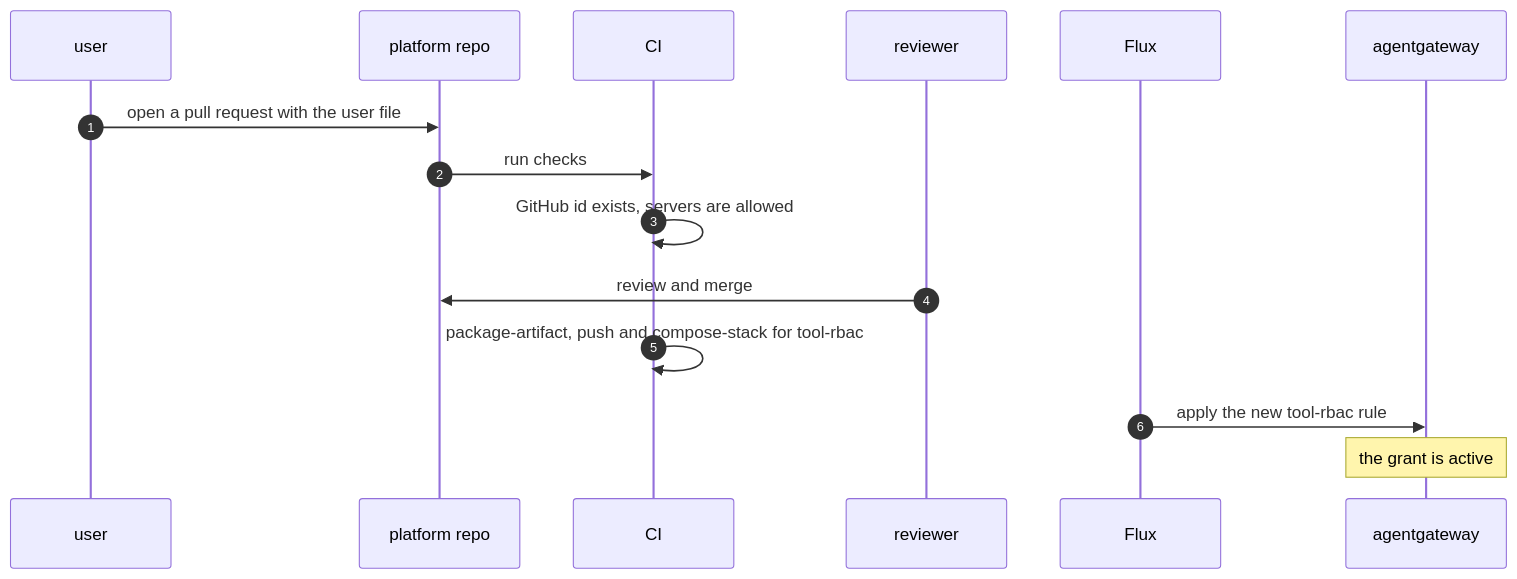
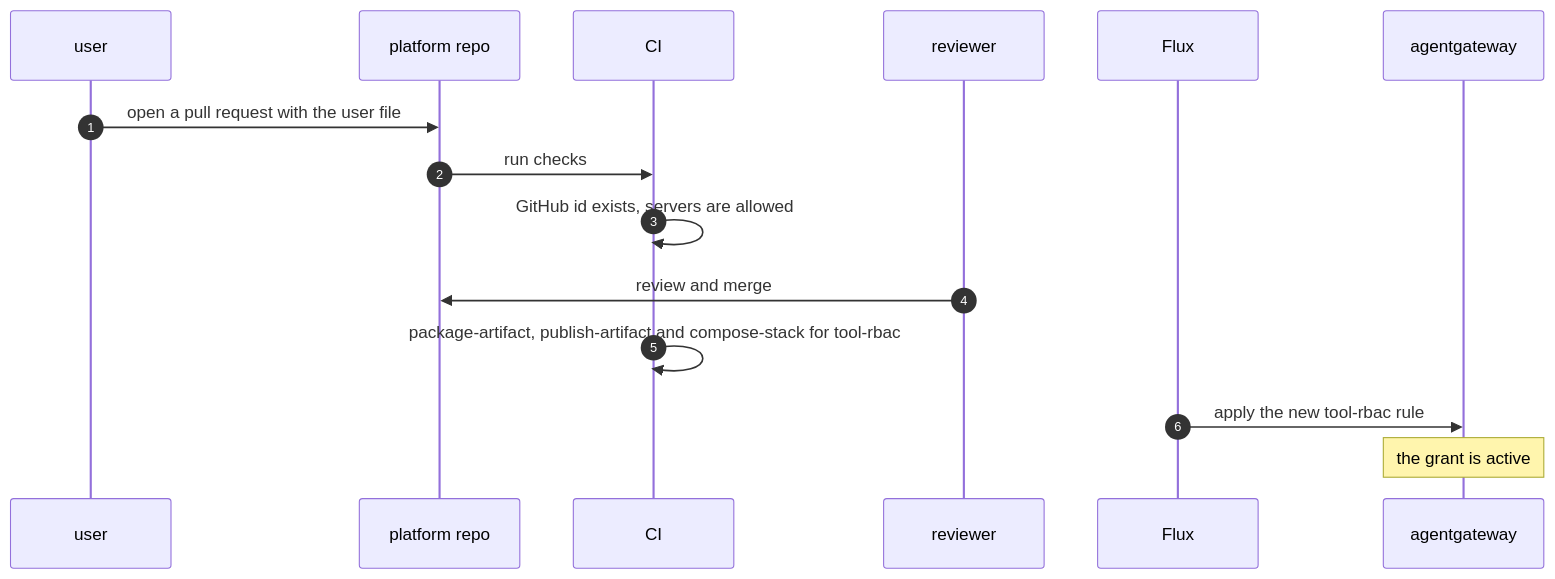
The first of 7 diagrams in code/mcp-sandbox/part-3-mcp-guardrails/docs/arch.md (raghav19/engineersdaybook), drawn with Mermaid before and after one commit. The commit also changed 10 other files, not shown here.

First line of the commit message:
Rename push to publish-artifact

````diff
--- a/code/mcp-sandbox/part-3-mcp-guardrails/docs/arch.md
+++ b/code/mcp-sandbox/part-3-mcp-guardrails/docs/arch.md
@@ -69,18 +69,18 @@
 ```mermaid
 sequenceDiagram
     autonumber
     participant U as user
     participant R as platform repo
     participant CI as CI
     participant V as reviewer
     participant F as Flux
     participant G as agentgateway
 
     U->>R: open a pull request with the user file
     R->>CI: run checks
     CI->>CI: GitHub id exists, servers are allowed
     V->>R: review and merge
-    CI->>CI: package-artifact, push and compose-stack for tool-rbac
+    CI->>CI: package-artifact, publish-artifact and compose-stack for tool-rbac
     F->>G: apply the new tool-rbac rule
     Note over G: the grant is active
 ```
````
